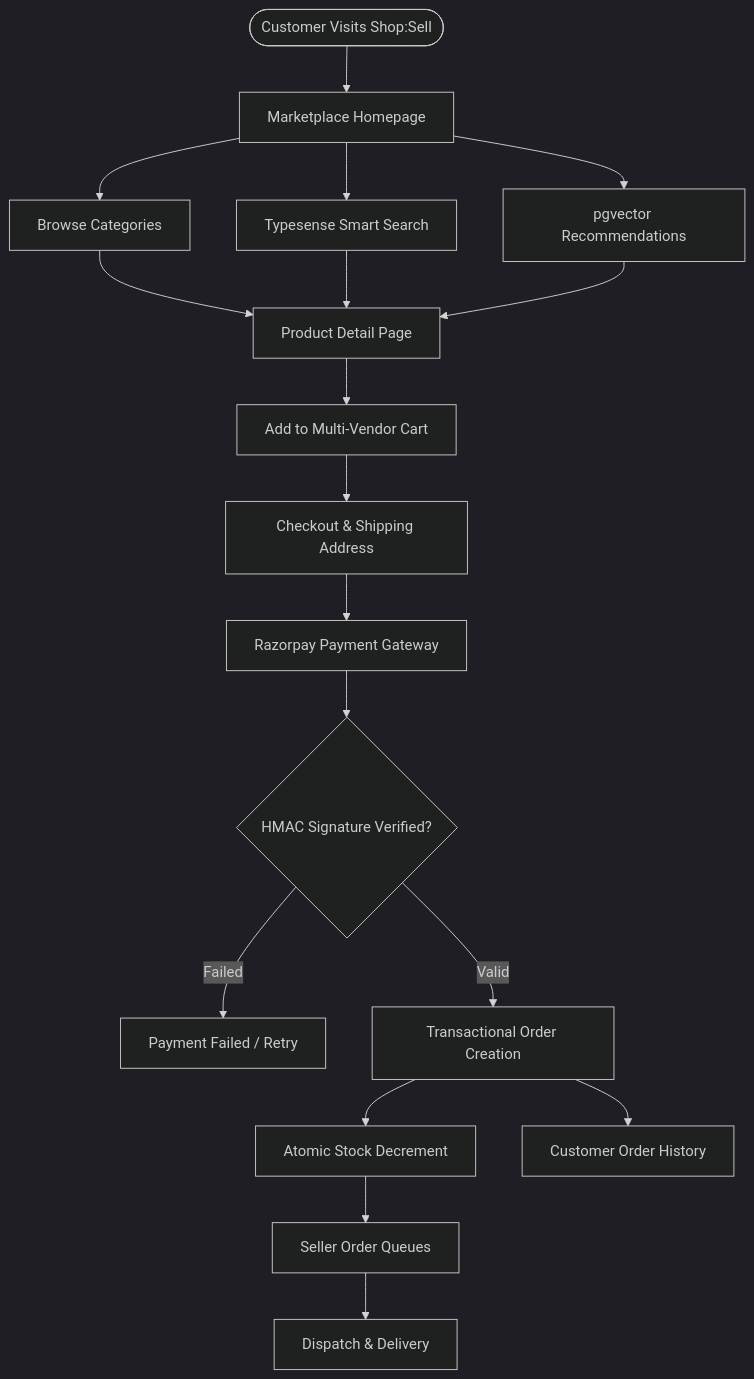
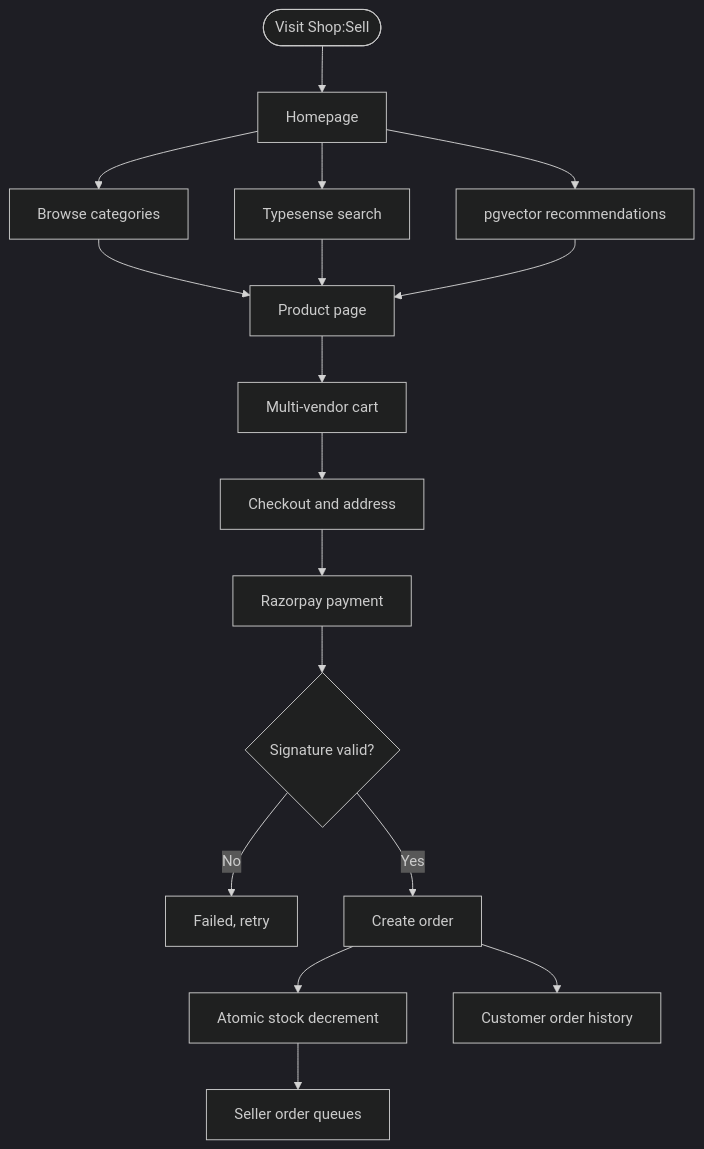
One commit to jathinreddy-5/Shop-Sell changed diagram 11 of 17 in README.md. Above: the diagram before and after it, drawn with Mermaid (dark theme). The commit also changed other lines of this file, not shown here.

````diff
--- a/README.md
+++ b/README.md
@@ -156,25 +450,19 @@
 ```mermaid
 flowchart TD
-    Start([Customer Visits Shop:Sell]) --> Home[Marketplace Homepage]
-
-    Home --> Browse[Browse Categories]
-    Home --> Search[Typesense Smart Search]
-    Home --> Recommend[pgvector Recommendations]
-
-    Browse --> Product[Product Detail Page]
-    Search --> Product
-    Recommend --> Product
-
-    Product --> Cart[Add to Multi-Vendor Cart]
-    Cart --> Checkout[Checkout & Shipping Address]
-    Checkout --> Payment[Razorpay Payment Gateway]
-
-    Payment --> Verify{HMAC Signature Verified?}
-    Verify -->|Failed| Failed[Payment Failed / Retry]
-    Verify -->|Valid| Order[Transactional Order Creation]
-
-    Order --> Inventory[Atomic Stock Decrement]
-    Inventory --> Seller[Seller Order Queues]
-    Seller --> Fulfilment[Dispatch & Delivery]
-    Order --> CustomerOrder[Customer Order History]
+    Start(["Visit Shop:Sell"]) --> Home["Homepage"]
+    Home --> Browse["Browse categories"]
+    Home --> Search["Typesense search"]
+    Home --> Rec["pgvector recommendations"]
+    Browse --> P["Product page"]
+    Search --> P
+    Rec --> P
+    P --> Cart["Multi-vendor cart"]
+    Cart --> Co["Checkout and address"]
+    Co --> Pay["Razorpay payment"]
+    Pay --> V{"Signature valid?"}
+    V -->|No| F["Failed, retry"]
+    V -->|Yes| O["Create order"]
+    O --> Inv["Atomic stock decrement"]
+    Inv --> SQ["Seller order queues"]
+    O --> CH["Customer order history"]
 ```
````
